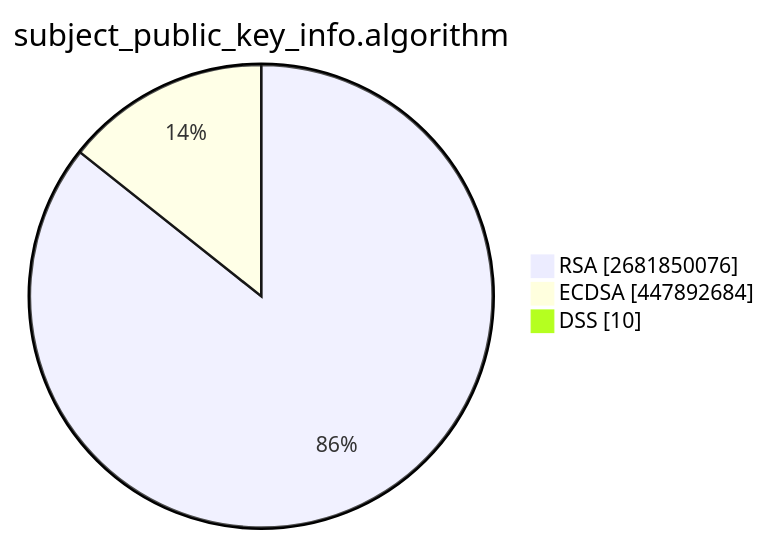
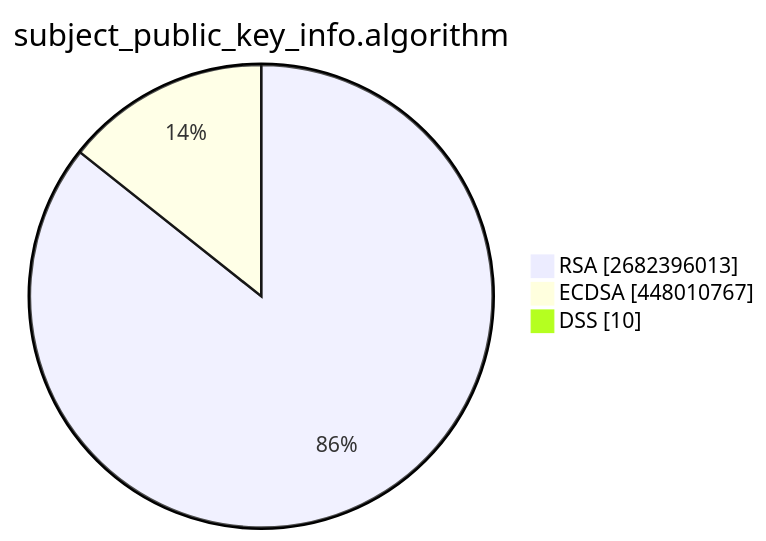
Before and after one commit to christiankrug/ctmonitor_visualization: the second of 15 diagrams in TOTAL/README.md, drawn with Mermaid. The commit also changed other lines of this file, not shown here.

````diff
--- a/TOTAL/README.md
+++ b/TOTAL/README.md
@@ -6,7 +6,7 @@
 ```mermaid
 pie showData
 title subject_public_key_info.algorithm
-"RSA" :2681850076
-"ECDSA" :447892684
+"RSA" :2682396013
+"ECDSA" :448010767
 "DSS" :10
 ```
````
